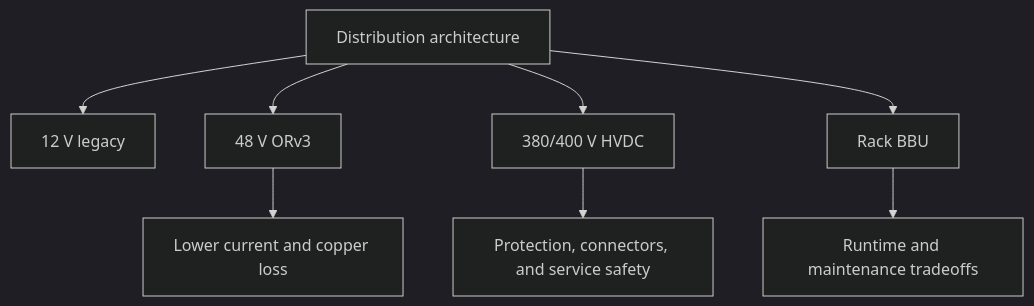
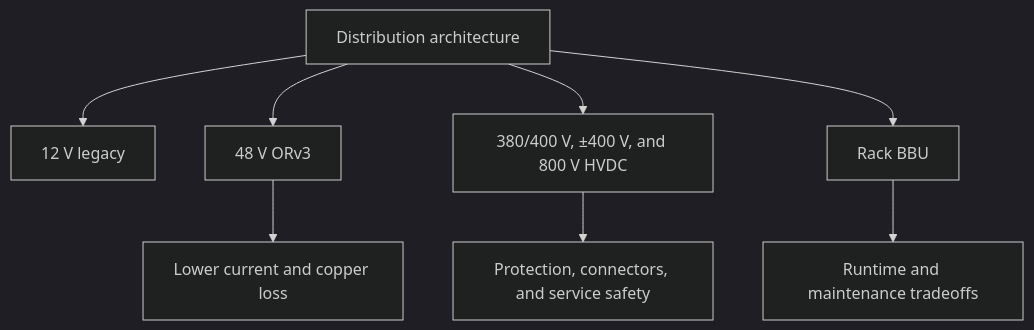
The second of 2 diagrams in dc-power-semiconductor-db/10_power_distribution_architecture.md (FrankHuang94/powersemi_database_gpt), drawn with Mermaid (dark theme) before and after one commit. The commit also changed other lines of this file and 25 other files, not shown here.

````diff
--- a/dc-power-semiconductor-db/10_power_distribution_architecture.md
+++ b/dc-power-semiconductor-db/10_power_distribution_architecture.md
@@ -41,10 +55,10 @@
 ```mermaid
 flowchart TB
   ARCH["Distribution architecture"] --> V12["12 V legacy"]
   ARCH --> V48["48 V ORv3"]
-  ARCH --> HV["380/400 V HVDC"]
+  ARCH --> HV["380/400 V, ±400 V, and 800 V HVDC"]
   ARCH --> BBU["Rack BBU"]
   V48 --> BENEFIT["Lower current and copper loss"]
   HV --> RISK["Protection, connectors, and service safety"]
   BBU --> TRADE["Runtime and maintenance tradeoffs"]
 ```
````
